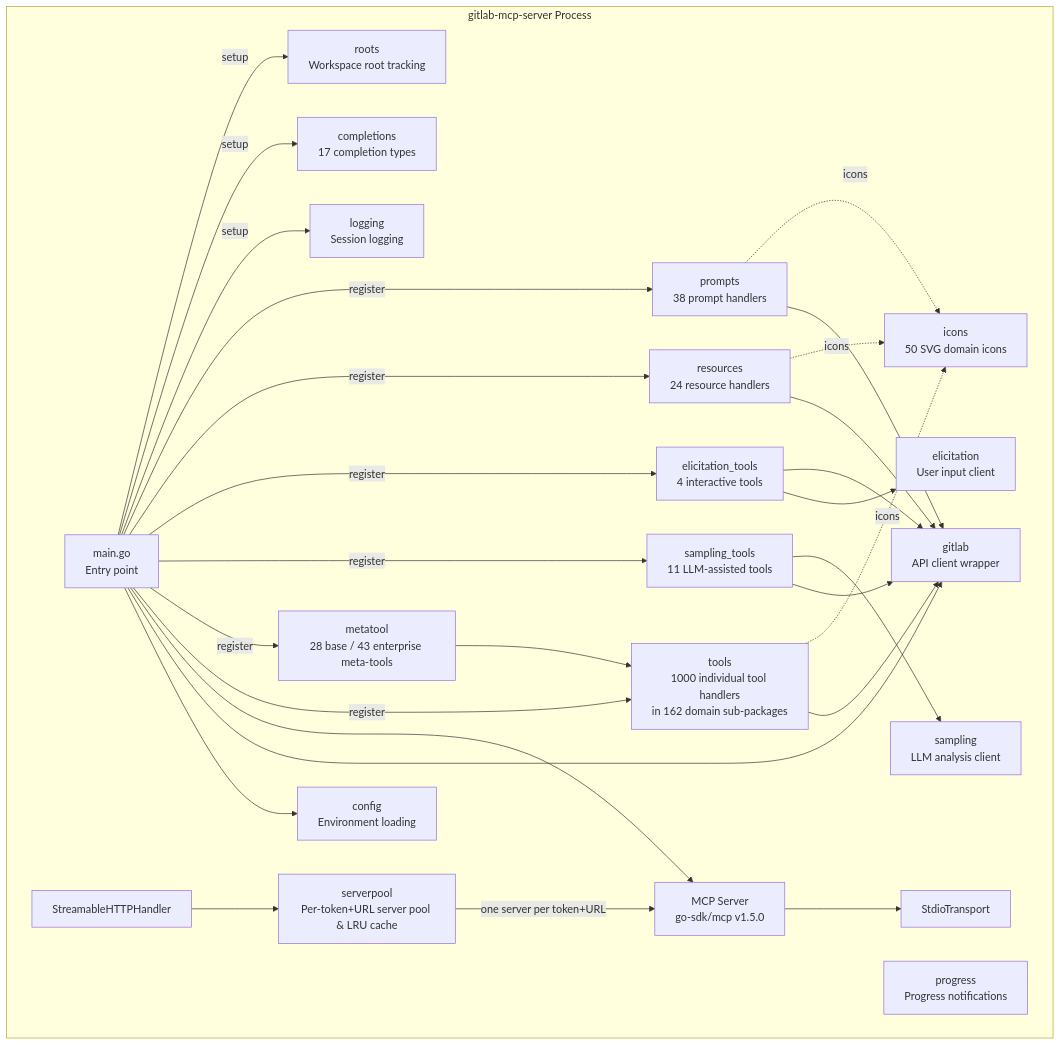
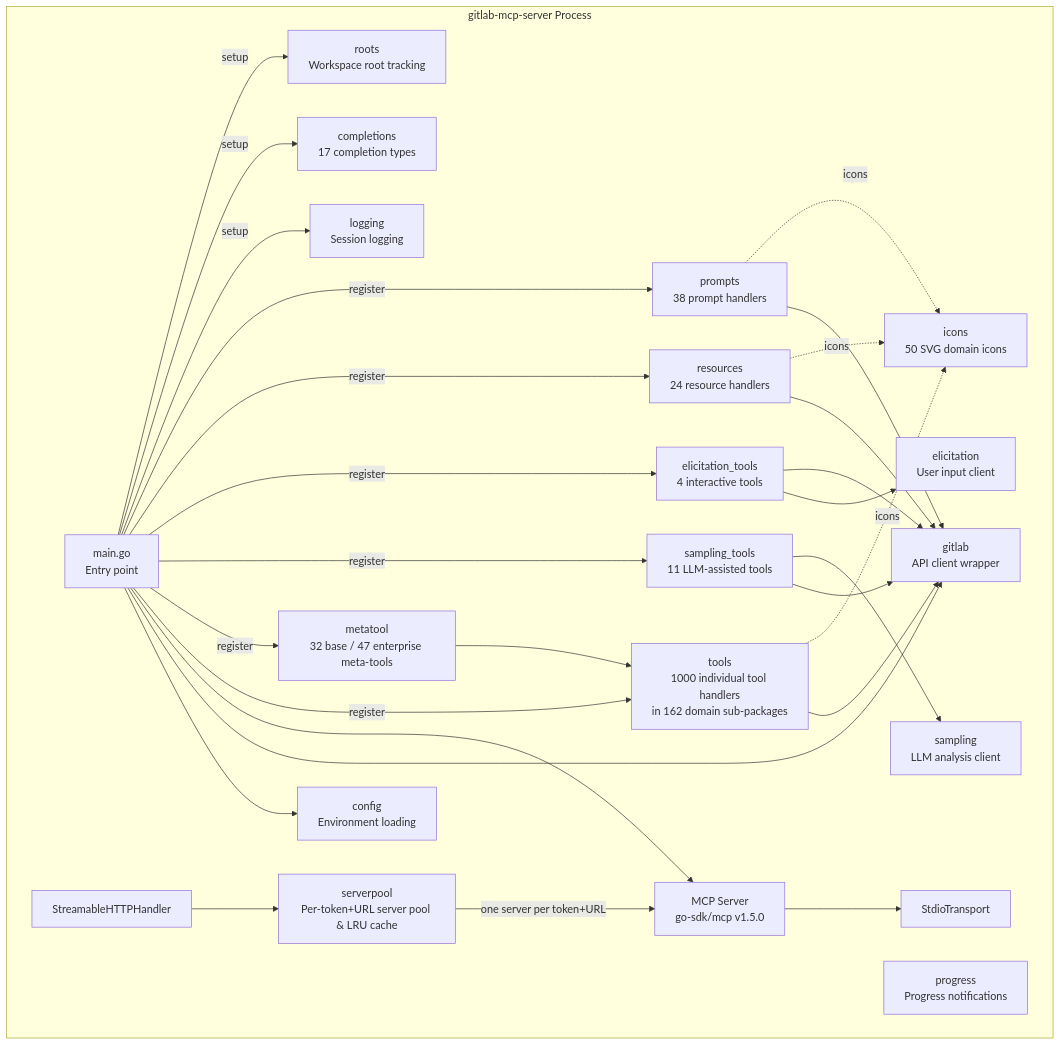
Before and after one commit to jmrplens/gitlab-mcp-server: the third of 9 diagrams in docs/architecture.md, drawn with Mermaid. The commit also changed other lines of this file and 24 other files, not shown here.

First line of the commit message:
docs: propagate meta-tool counts to 32 base / 47 enterprise (#32)

````diff
--- a/docs/architecture.md
+++ b/docs/architecture.md
@@ -64,52 +64,52 @@
 ```mermaid
 graph TD
     subgraph "gitlab-mcp-server Process"
         MAIN[main.go<br/>Entry point]
         CFG[config<br/>Environment loading]
         GL[gitlab<br/>API client wrapper]
         TOOLS[tools<br/>1000 individual tool handlers<br/>in 162 domain sub-packages]
-        META[metatool<br/>28 base / 43 enterprise meta-tools]
+        META[metatool<br/>32 base / 47 enterprise meta-tools]
         SAMP[sampling_tools<br/>11 LLM-assisted tools]
         ELIC[elicitation_tools<br/>4 interactive tools]
         RES[resources<br/>24 resource handlers]
         PROMPTS[prompts<br/>38 prompt handlers]
         LOG[logging<br/>Session logging]
         COMP[completions<br/>17 completion types]
         ROOTS[roots<br/>Workspace root tracking]
         PROG[progress<br/>Progress notifications]
         SAMPLING[sampling<br/>LLM analysis client]
         ELICIT[elicitation<br/>User input client]
         ICN[icons<br/>50 SVG domain icons]
         SRV[MCP Server<br/>go-sdk/mcp v1.5.0]
         STDIO[StdioTransport]
         HTTP[StreamableHTTPHandler]
         POOL[serverpool<br/>Per-token+URL server pool & LRU cache]
     end
 
     MAIN --> CFG
     MAIN --> GL
     MAIN --> SRV
     SRV --> STDIO
     HTTP --> POOL
     POOL -->|one server per token+URL| SRV
     TOOLS --> GL
     META --> TOOLS
     SAMP --> GL
     SAMP --> SAMPLING
     ELIC --> ELICIT
     ELIC --> GL
     RES --> GL
     PROMPTS --> GL
     MAIN -->|register| TOOLS
     MAIN -->|register| META
     MAIN -->|register| SAMP
     MAIN -->|register| ELIC
     MAIN -->|register| RES
     MAIN -->|register| PROMPTS
     TOOLS -.->|icons| ICN
     RES -.->|icons| ICN
     PROMPTS -.->|icons| ICN
     MAIN -->|setup| LOG
     MAIN -->|setup| COMP
     MAIN -->|setup| ROOTS
 ```
````
